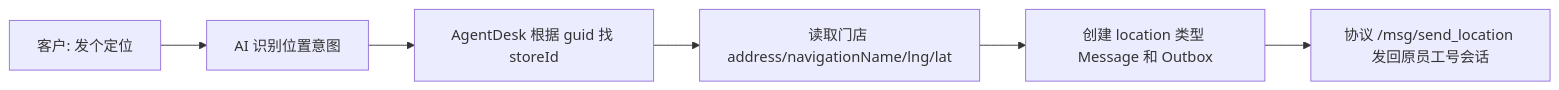
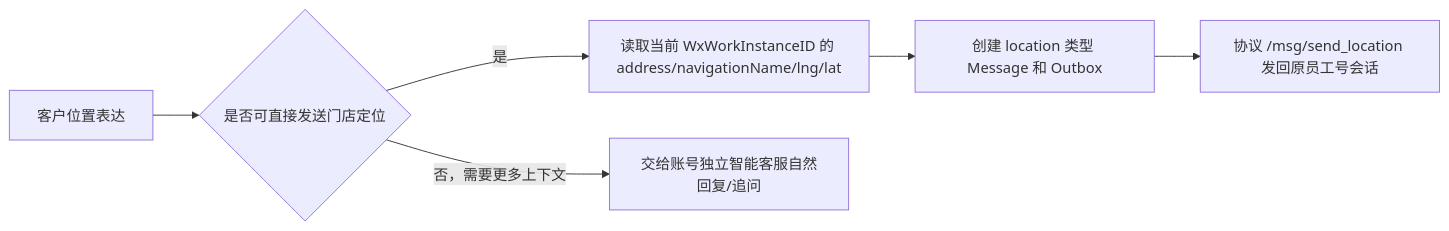
One commit to 520skyincloud/agentdesk changed the fifth of 6 diagrams in docs/design/wx-protocol-agentdesk-qiyu-architecture.md. Above: the diagram before and after it, drawn with Mermaid. The commit also changed other lines of this file and 158 other files, not shown here.

````diff
--- a/docs/design/wx-protocol-agentdesk-qiyu-architecture.md
+++ b/docs/design/wx-protocol-agentdesk-qiyu-architecture.md
@@ -515,8 +550,8 @@
 ```mermaid
 flowchart LR
-  A[客户: 发个定位] --> B[AI 识别位置意图]
-  B --> C[AgentDesk 根据 guid 找 storeId]
-  C --> D[读取门店 address/navigationName/lng/lat]
-  D --> E[创建 location 类型 Message 和 Outbox]
-  E --> F[协议 /msg/send_location 发回原员工号会话]
+  A[客户位置表达] --> B{是否可直接发送门店定位}
+  B -->|是| C[读取当前 WxWorkInstanceID 的 address/navigationName/lng/lat]
+  C --> D[创建 location 类型 Message 和 Outbox]
+  D --> E[协议 /msg/send_location 发回原员工号会话]
+  B -->|否，需要更多上下文| F[交给账号独立智能客服自然回复/追问]
 ```
````
